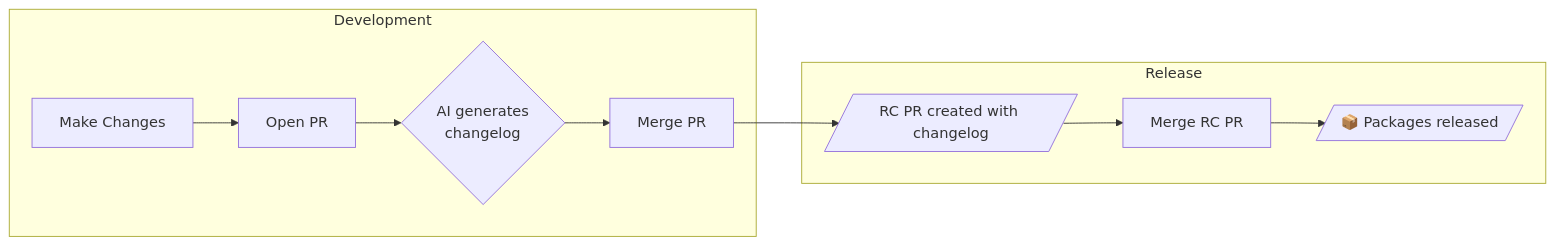
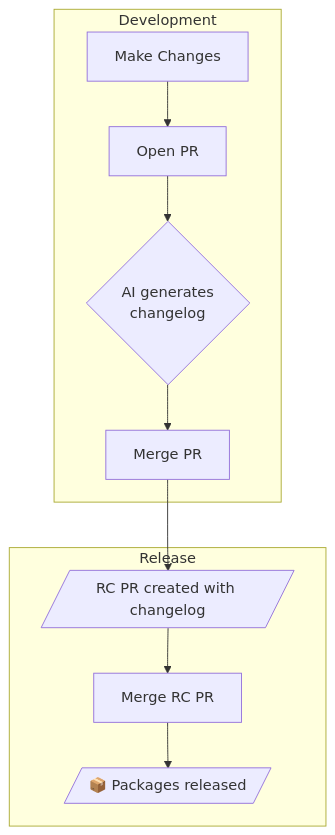
Before and after one commit to wevm/changelogs-rs: the diagram in README.md, drawn with Mermaid.

Commit message:
docs: change mermaid flowchart to vertical layout
Amp-Thread-ID: https://ampcode.com/threads/T-019c20b2-1d60-7519-849d-cce0d8b11977

````diff
--- a/README.md
+++ b/README.md
@@ -36,13 +36,13 @@
 ```mermaid
-flowchart LR
+flowchart TB
     subgraph Development
         A[Make Changes] --> B[Open PR]
         B --> C{AI generates<br/>changelog}
         C --> D[Merge PR]
     end
     subgraph Release
         D --> E[/RC PR created with changelog/]
         E --> F[Merge RC PR]
         F --> G[/📦 Packages released/]
     end
 ```
````
